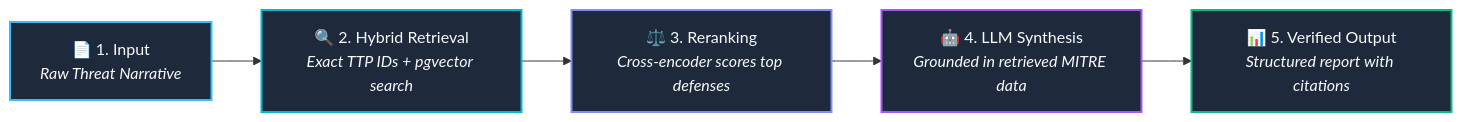
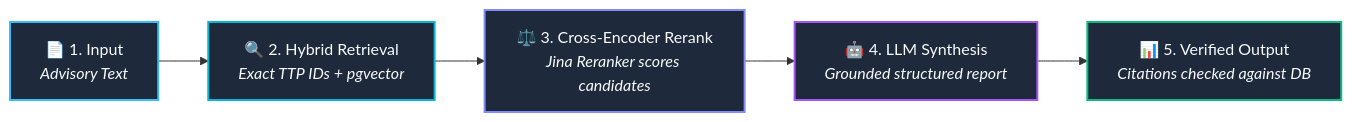
One commit to CloudFlamedev/ITDR_RAG_Dashboard changed the second of 2 diagrams in README.md. Above: the diagram before and after it, drawn with Mermaid. The commit also changed other lines of this file, not shown here.

Commit message:
docs: update README with 3-layer evaluation architecture, live deployments, and workflows

````diff
--- a/README.md
+++ b/README.md
@@ -126,14 +138,14 @@
 ```mermaid
 flowchart LR
-    A["📄 1. Input<br/><i>Raw Threat Narrative</i>"] 
-    --> B["🔍 2. Hybrid Retrieval<br/><i>Exact TTP IDs + pgvector search</i>"]
-    --> C["⚖️ 3. Reranking<br/><i>Cross-encoder scores top defenses</i>"]
-    --> D["🤖 4. LLM Synthesis<br/><i>Grounded in retrieved MITRE data</i>"]
-    --> E["📊 5. Verified Output<br/><i>Structured report with citations</i>"]
+    A["📄 1. Input<br/><i>Advisory Text</i>"] 
+    --> B["🔍 2. Hybrid Retrieval<br/><i>Exact TTP IDs + pgvector</i>"]
+    --> C["⚖️ 3. Cross-Encoder Rerank<br/><i>Jina Reranker scores candidates</i>"]
+    --> D["🤖 4. LLM Synthesis<br/><i>Grounded structured report</i>"]
+    --> E["📊 5. Verified Output<br/><i>Citations checked against DB</i>"]
 
     style A fill:#1e293b,stroke:#38bdf8,stroke-width:2px,color:#f8fafc
     style B fill:#1e293b,stroke:#06b6d4,stroke-width:2px,color:#f8fafc
     style C fill:#1e293b,stroke:#818cf8,stroke-width:2px,color:#f8fafc
     style D fill:#1e293b,stroke:#a855f7,stroke-width:2px,color:#f8fafc
     style E fill:#1e293b,stroke:#10b981,stroke-width:2px,color:#f8fafc
 ```
````
